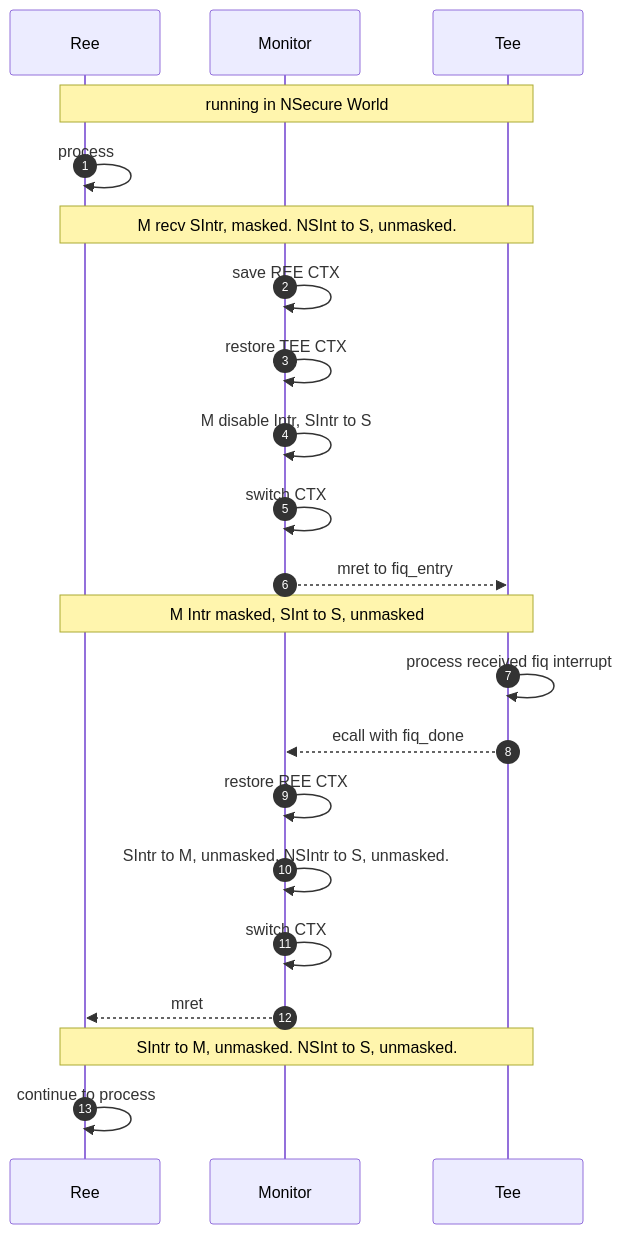
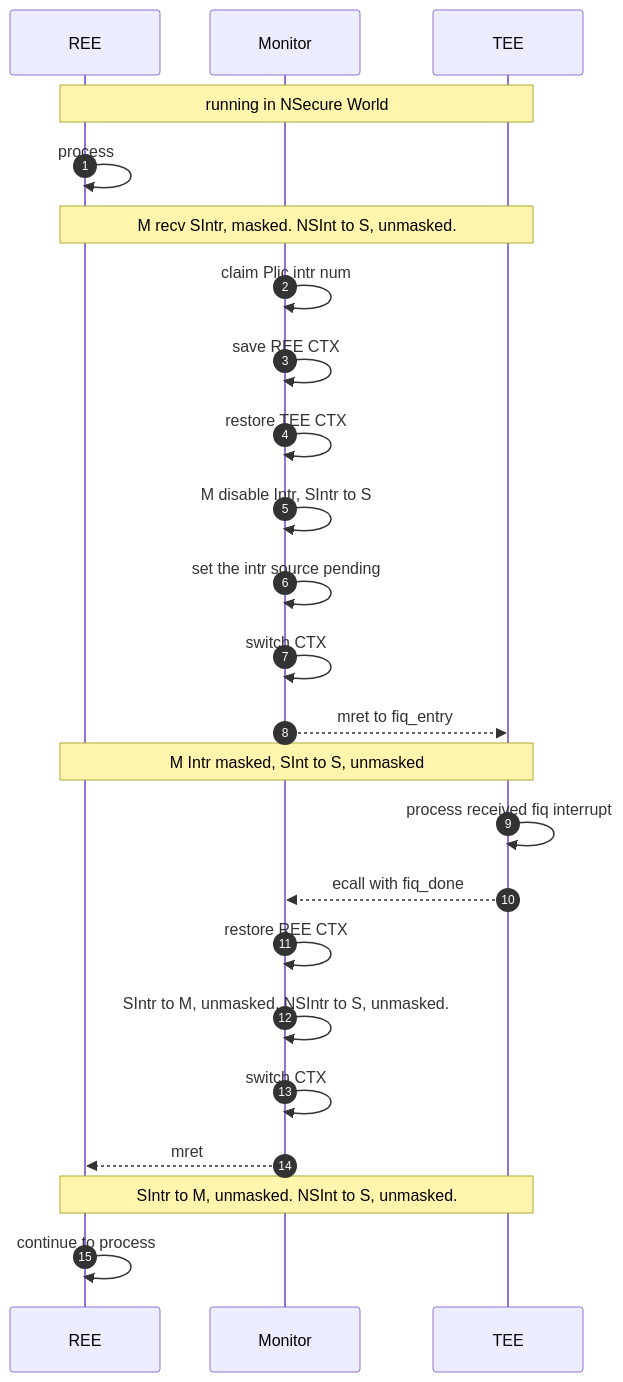
The second of 2 diagrams in optee/README.md (Nuclei-Software/nuclei-linux-sdk), drawn with Mermaid before and after one commit. The commit also changed other lines of this file and 1 other file, not shown here.

Commit message:
optee: update README file.

````diff
--- a/optee/README.md
+++ b/optee/README.md
@@ -53,25 +53,27 @@
 ```mermaid
 sequenceDiagram
     autonumber
-    participant Ree
+    participant REE
     participant Monitor
-    participant Tee
-    note over Ree,Tee : running in NSecure World
-    Ree ->> Ree: process
-    note over Ree,Tee : M recv SIntr, masked. NSInt to S, unmasked.
+    participant TEE
+    note over REE,TEE : running in NSecure World
+    REE ->> REE: process
+    note over REE,TEE : M recv SIntr, masked. NSInt to S, unmasked.
+    Monitor ->> Monitor: claim Plic intr num
     Monitor ->> Monitor: save REE CTX
     Monitor ->> Monitor: restore TEE CTX
     Monitor ->> Monitor: M disable Intr, SIntr to S
+    Monitor ->> Monitor: set the intr source pending
     Monitor ->> Monitor: switch CTX
-    Monitor -->> Tee: mret to fiq_entry
-    note over Ree,Tee: M Intr masked, SInt to S, unmasked
-    Tee ->> Tee: process received fiq interrupt
-    Tee -->> Monitor: ecall with fiq_done
+    Monitor -->> TEE: mret to fiq_entry
+    note over REE,TEE: M Intr masked, SInt to S, unmasked
+    TEE ->> TEE: process received fiq interrupt
+    TEE -->> Monitor: ecall with fiq_done
 
     Monitor ->> Monitor: restore REE CTX
     Monitor ->> Monitor: SIntr to M, unmasked. NSIntr to S, unmasked.
     Monitor ->> Monitor: switch CTX
-    Monitor -->> Ree: mret
-    note over Ree,Tee: SIntr to M, unmasked. NSInt to S, unmasked.
-    Ree ->> Ree: continue to process
+    Monitor -->> REE: mret
+    note over REE,TEE: SIntr to M, unmasked. NSInt to S, unmasked.
+    REE ->> REE: continue to process
 ```
````
